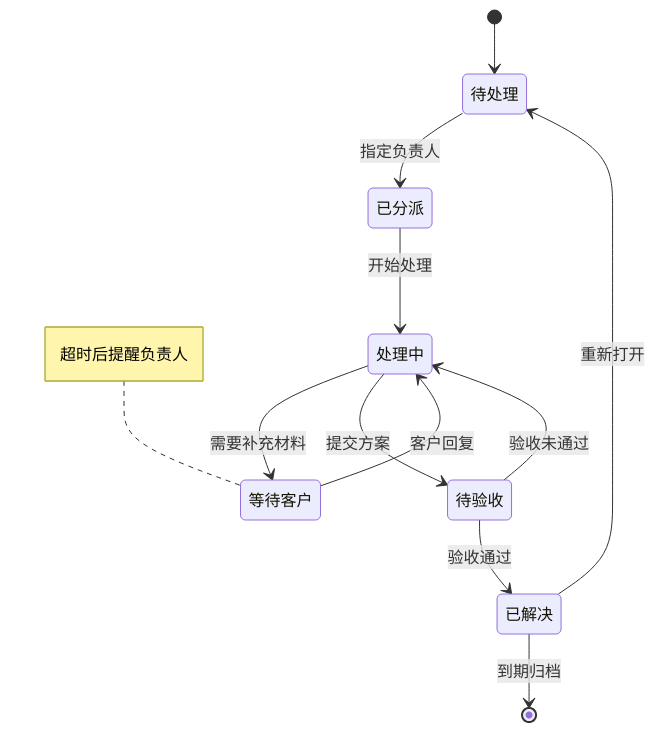
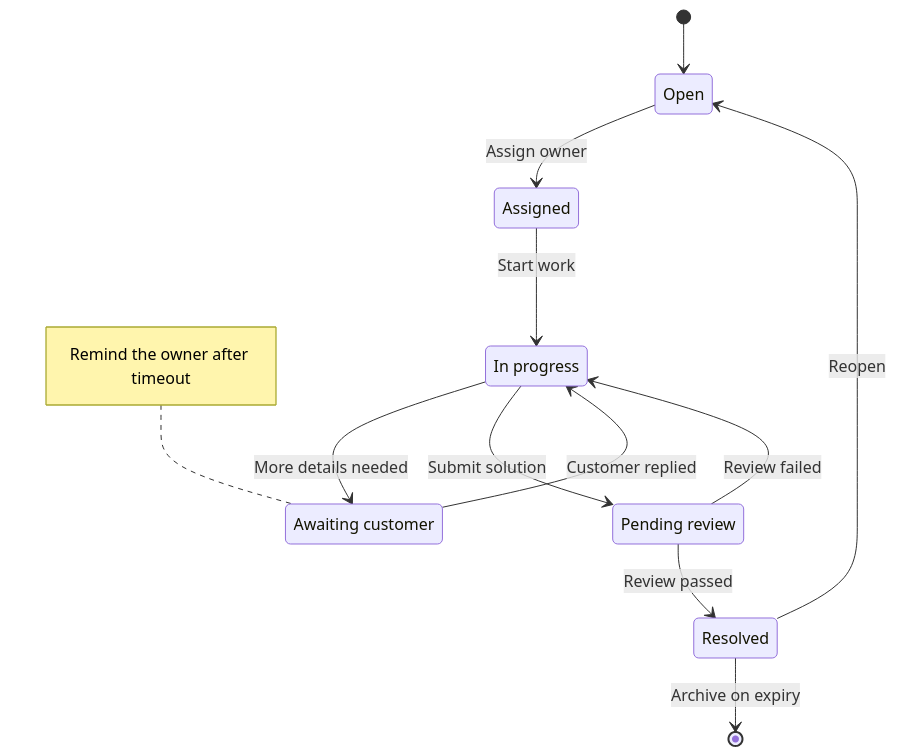
One commit to wizlijun/note.md changed diagram 12 of 50 in docs/examples/mermaid-pele-theme-gallery.md. Above: the diagram before and after it, drawn with Mermaid. The commit also changed other lines of this file, not shown here.

Commit message:
docs: make diagram gallery English and image focused

````diff
--- a/docs/examples/mermaid-pele-theme-gallery.md
+++ b/docs/examples/mermaid-pele-theme-gallery.md
@@ -776,22 +530,22 @@
 ```mermaid
 stateDiagram
   [*] --> Open
-  state "待处理" as Open
-  state "已分派" as Assigned
-  state "处理中" as Active
-  state "等待客户" as Waiting
-  state "待验收" as Review
-  state "已解决" as Resolved
-  Open --> Assigned: 指定负责人
-  Assigned --> Active: 开始处理
-  Active --> Waiting: 需要补充材料
-  Waiting --> Active: 客户回复
-  Active --> Review: 提交方案
-  Review --> Active: 验收未通过
-  Review --> Resolved: 验收通过
-  Resolved --> Open: 重新打开
-  Resolved --> [*]: 到期归档
+  state "Open" as Open
+  state "Assigned" as Assigned
+  state "In progress" as Active
+  state "Awaiting customer" as Waiting
+  state "Pending review" as Review
+  state "Resolved" as Resolved
+  Open --> Assigned: Assign owner
+  Assigned --> Active: Start work
+  Active --> Waiting: More details needed
+  Waiting --> Active: Customer replied
+  Active --> Review: Submit solution
+  Review --> Active: Review failed
+  Review --> Resolved: Review passed
+  Resolved --> Open: Reopen
+  Resolved --> [*]: Archive on expiry
   note left of Waiting
-    超时后提醒负责人
+    Remind the owner after timeout
   end note
 ```
````
